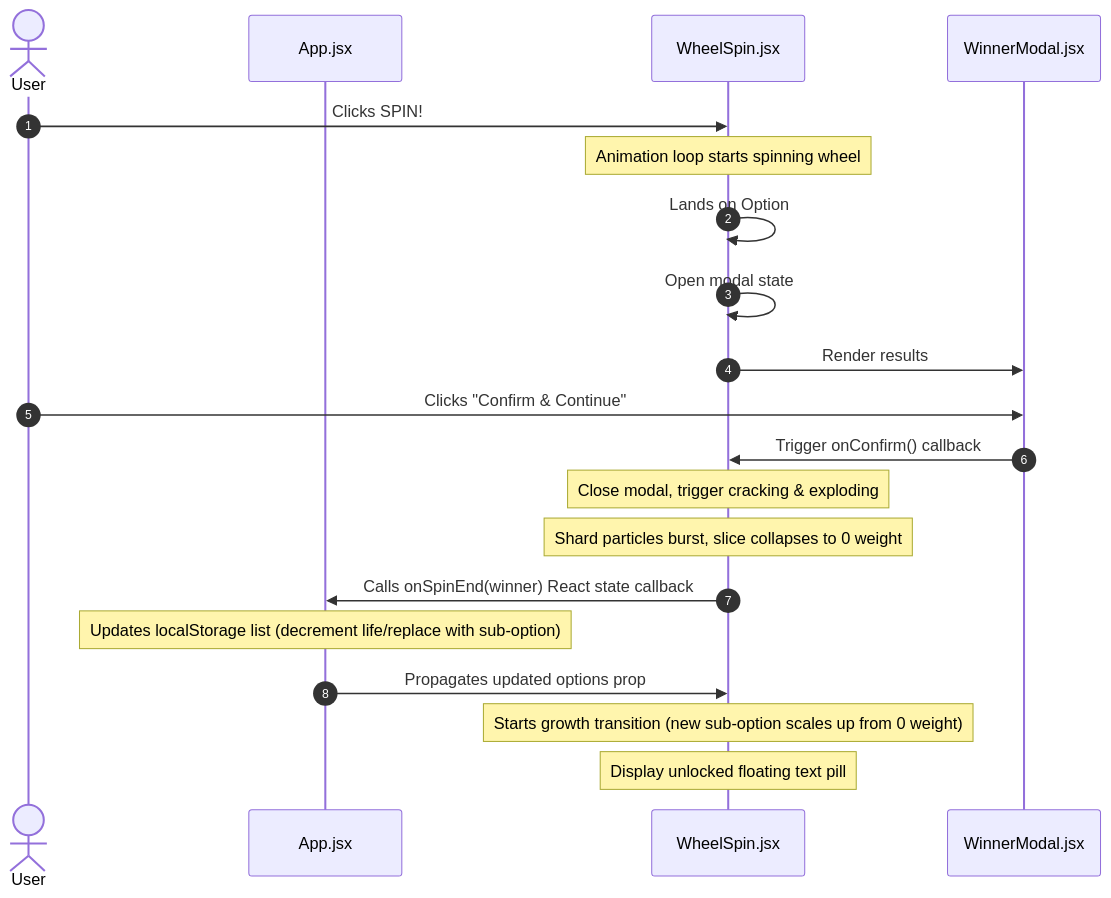
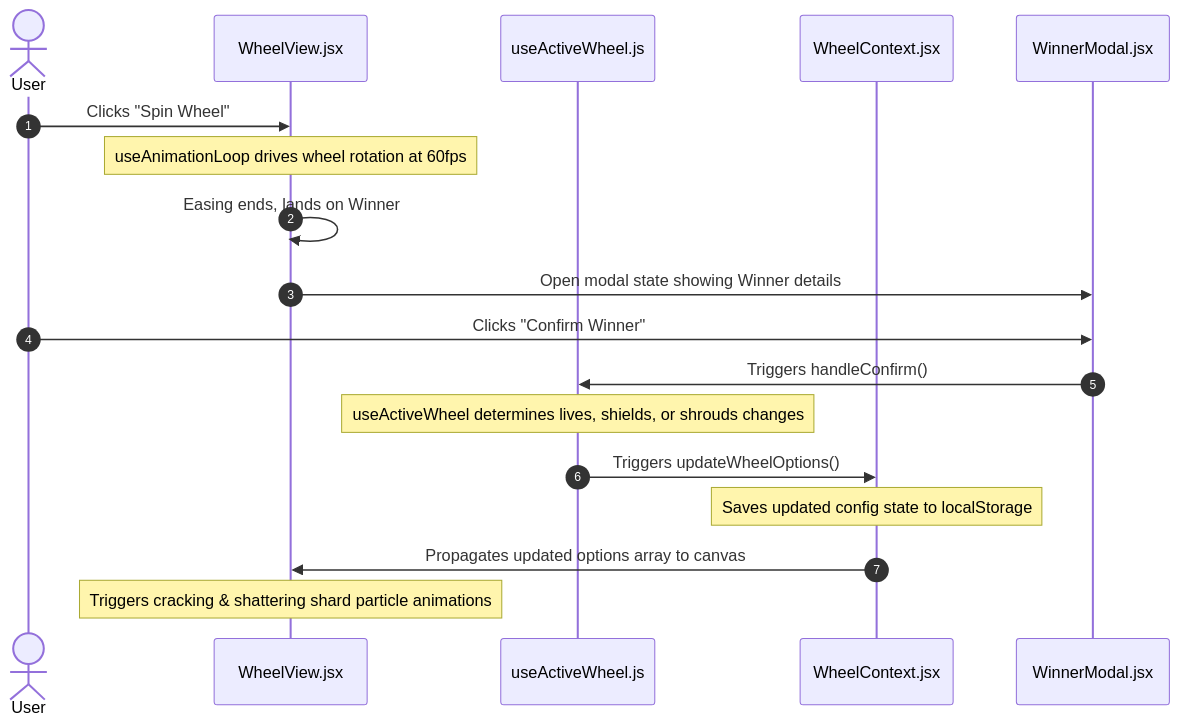
One commit to Goodzilla/kobspin changed the second of 2 diagrams in docs/architecture.md. Above: the diagram before and after it, drawn with Mermaid. The commit also changed other lines of this file, not shown here.

Commit message:
Update architecture.md to reflect the modern modular codebase structure

````diff
--- a/docs/architecture.md
+++ b/docs/architecture.md
@@ -74,23 +122,21 @@
 ```mermaid
 sequenceDiagram
   autonumber
   actor User
-  participant App as App.jsx
-  participant Wheel as WheelSpin.jsx
-  participant WinMod as WinnerModal.jsx
+  participant UI as WheelView.jsx
+  participant Hook as useActiveWheel.js
+  participant Context as WheelContext.jsx
+  participant Modal as WinnerModal.jsx
 
-  User->>Wheel: Clicks SPIN!
-  Note over Wheel: Animation loop starts spinning wheel
-  Wheel->>Wheel: Lands on Option
-  Wheel->>Wheel: Open modal state
-  Wheel->>WinMod: Render results
-  User->>WinMod: Clicks "Confirm & Continue"
-  WinMod->>Wheel: Trigger onConfirm() callback
-  Note over Wheel: Close modal, trigger cracking & exploding
-  Note over Wheel: Shard particles burst, slice collapses to 0 weight
-  Wheel->>App: Calls onSpinEnd(winner) React state callback
-  Note over App: Updates localStorage list (decrement life/replace with sub-option)
-  App->>Wheel: Propagates updated options prop
-  Note over Wheel: Starts growth transition (new sub-option scales up from 0 weight)
-  Note over Wheel: Display unlocked floating text pill
+  User->>UI: Clicks "Spin Wheel"
+  Note over UI: useAnimationLoop drives wheel rotation at 60fps
+  UI->>UI: Easing ends, lands on Winner
+  UI->>Modal: Open modal state showing Winner details
+  User->>Modal: Clicks "Confirm Winner"
+  Modal->>Hook: Triggers handleConfirm()
+  Note over Hook: useActiveWheel determines lives, shields, or shrouds changes
+  Hook->>Context: Triggers updateWheelOptions()
+  Note over Context: Saves updated config state to localStorage
+  Context->>UI: Propagates updated options array to canvas
+  Note over UI: Triggers cracking & shattering shard particle animations
 ```
````
